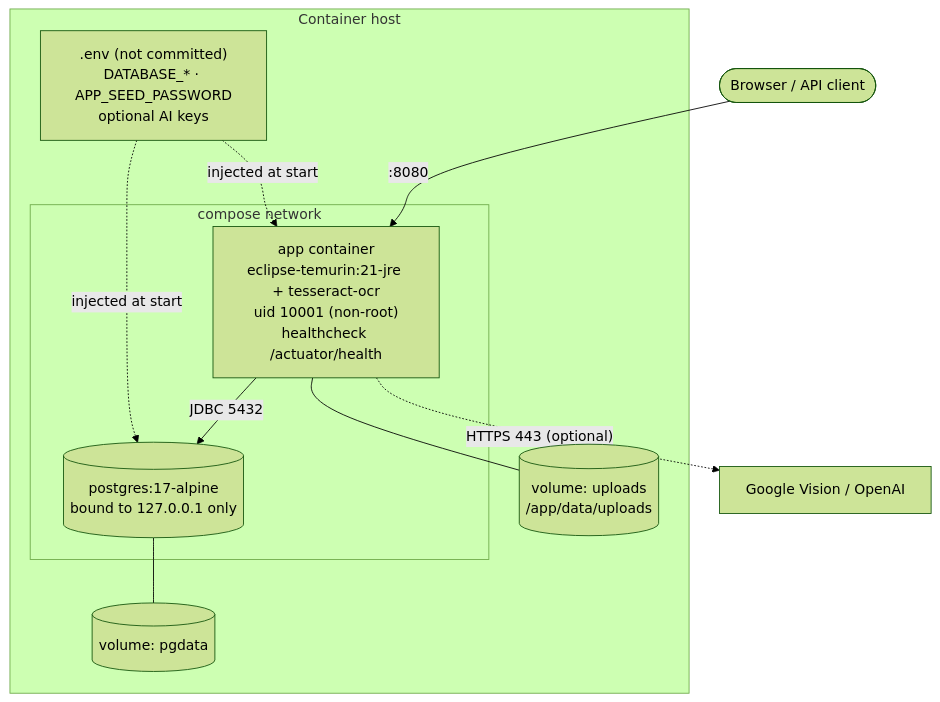
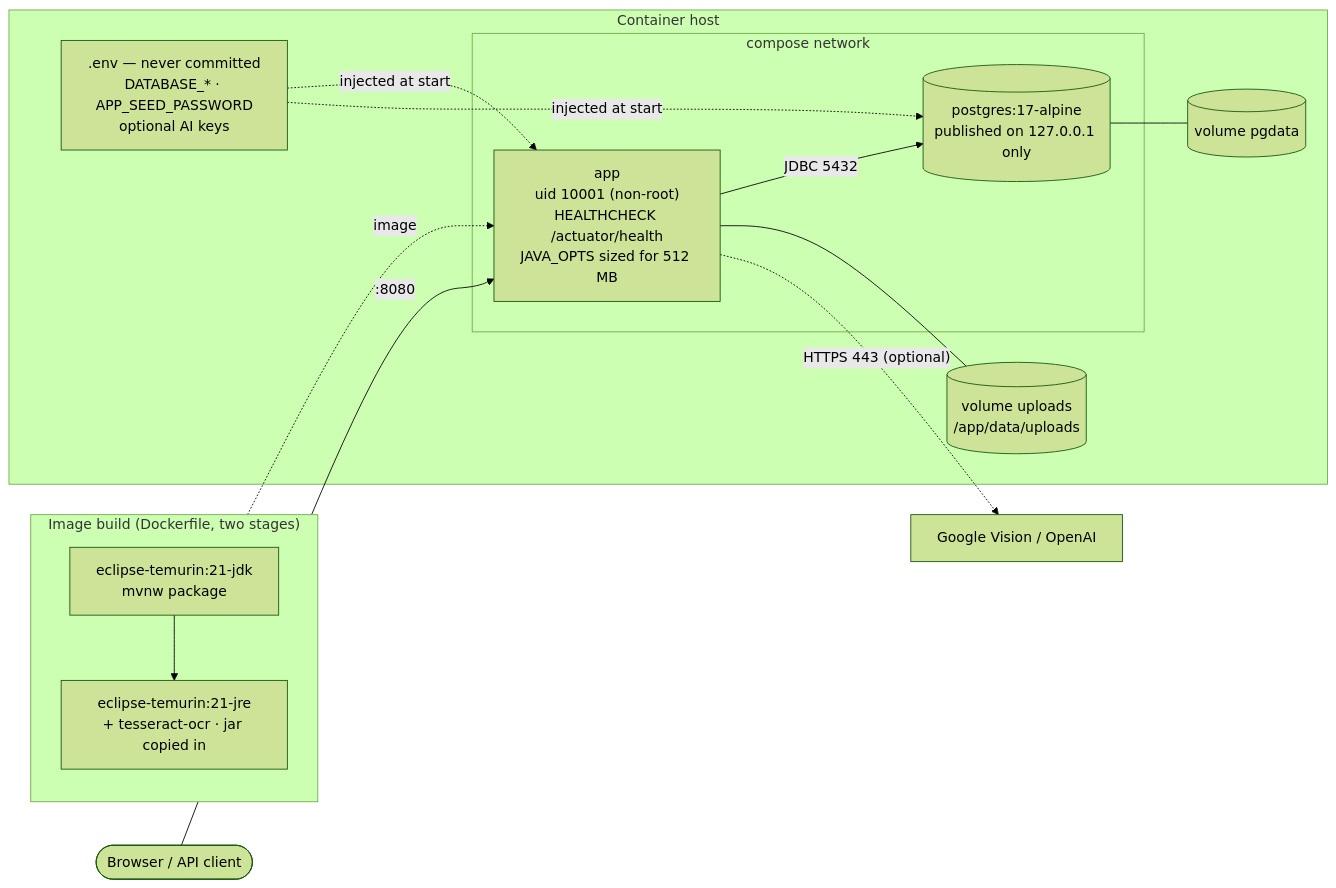
One commit to SarvariVin/ttb-label-verification changed the second of 6 diagrams in docs/infrastructure.md. Above: the diagram before and after it, drawn with Mermaid (forest theme). The commit also changed other lines of this file and 251 other files, not shown here.

````diff
--- a/docs/infrastructure.md
+++ b/docs/infrastructure.md
@@ -55,19 +71,26 @@
 ```mermaid
-flowchart TB
+flowchart LR
     user(["Browser / API client"]) -->|":8080"| app
+
+    subgraph build["Image build (Dockerfile, two stages)"]
+        direction TB
+        b1["eclipse-temurin:21-jdk<br/>mvnw package"] --> b2["eclipse-temurin:21-jre<br/>+ tesseract-ocr · jar copied in"]
+    end
+
     subgraph host["Container host"]
         subgraph net["compose network"]
-            app["app container<br/>eclipse-temurin:21-jre + tesseract-ocr<br/>uid 10001 (non-root)<br/>healthcheck /actuator/health"]
-            pg[("postgres:17-alpine<br/>bound to 127.0.0.1 only")]
+            app["app<br/>uid 10001 (non-root)<br/>HEALTHCHECK /actuator/health<br/>JAVA_OPTS sized for 512 MB"]
+            pg[("postgres:17-alpine<br/>published on 127.0.0.1 only")]
         end
-        v1[("volume: uploads<br/>/app/data/uploads")]
-        v2[("volume: pgdata")]
-        env[".env (not committed)<br/>DATABASE_* · APP_SEED_PASSWORD<br/>optional AI keys"]
+        v1[("volume uploads<br/>/app/data/uploads")]
+        v2[("volume pgdata")]
+        env[".env — never committed<br/>DATABASE_* · APP_SEED_PASSWORD<br/>optional AI keys"]
     end
-    app -->|JDBC 5432| pg
+
+    b2 -. "image" .-> app
+    app -->|"JDBC 5432"| pg
     app --- v1
     pg --- v2
-    env -. injected at start .-> app
-    env -. injected at start .-> pg
+    env -. "injected at start" .-> app & pg
     app -. "HTTPS 443 (optional)" .-> ai["Google Vision / OpenAI"]
 ```
````
